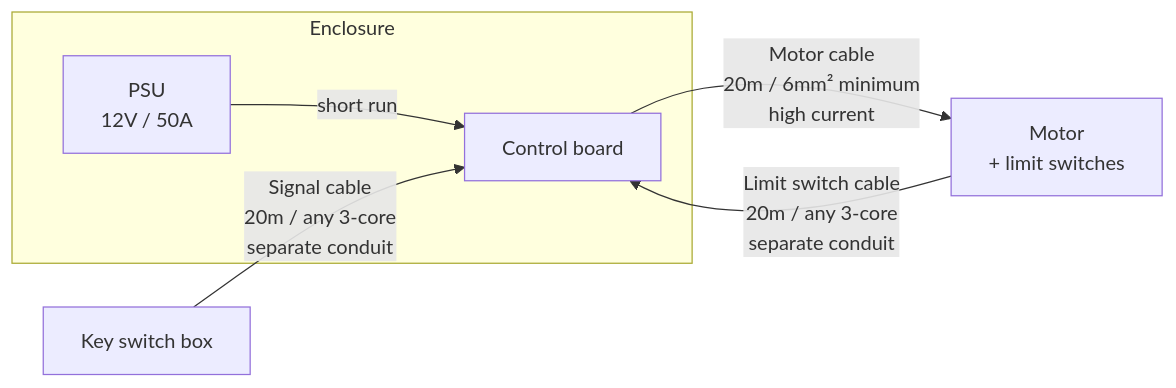
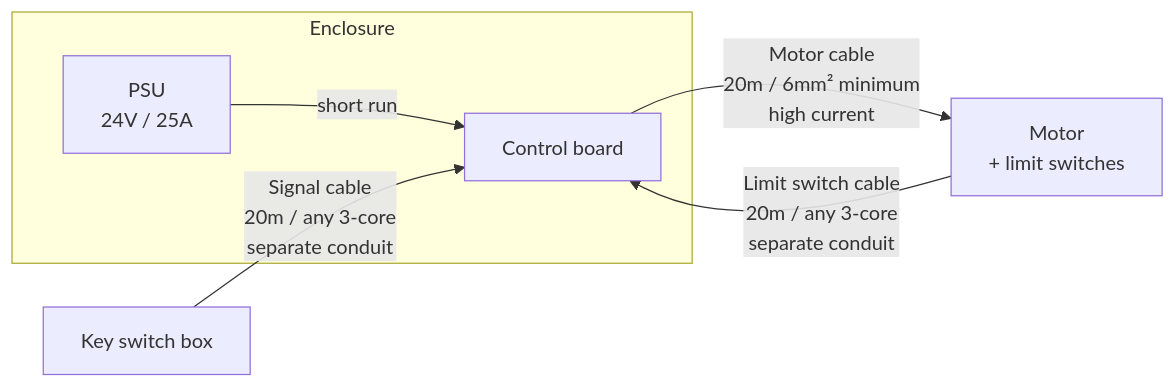
The fourth of 9 diagrams in DESIGN.md (gonzafernan/pool-cover-control), drawn with Mermaid before and after one commit. The commit also changed other lines of this file and 4 other files, not shown here.

Commit message:
feat(hardware): implement SC1 power tree schematic

````diff
--- a/DESIGN.md
+++ b/DESIGN.md
@@ -207,12 +215,12 @@
 ```mermaid
 flowchart LR
     subgraph ENC["Enclosure"]
-        PSU["PSU\n12V / 50A"]
+        PSU["PSU\n24V / 25A"]
         BOARD["Control board"]
         PSU -->|short run| BOARD
     end
 
     BOARD -->|"Motor cable\n20m / 6mm² minimum\nhigh current"| MOTOR["Motor\n+ limit switches"]
     KEY_BOX["Key switch box"] -->|"Signal cable\n20m / any 3-core\nseparate conduit"| BOARD
     MOTOR -->|"Limit switch cable\n20m / any 3-core\nseparate conduit"| BOARD
 ```
````
